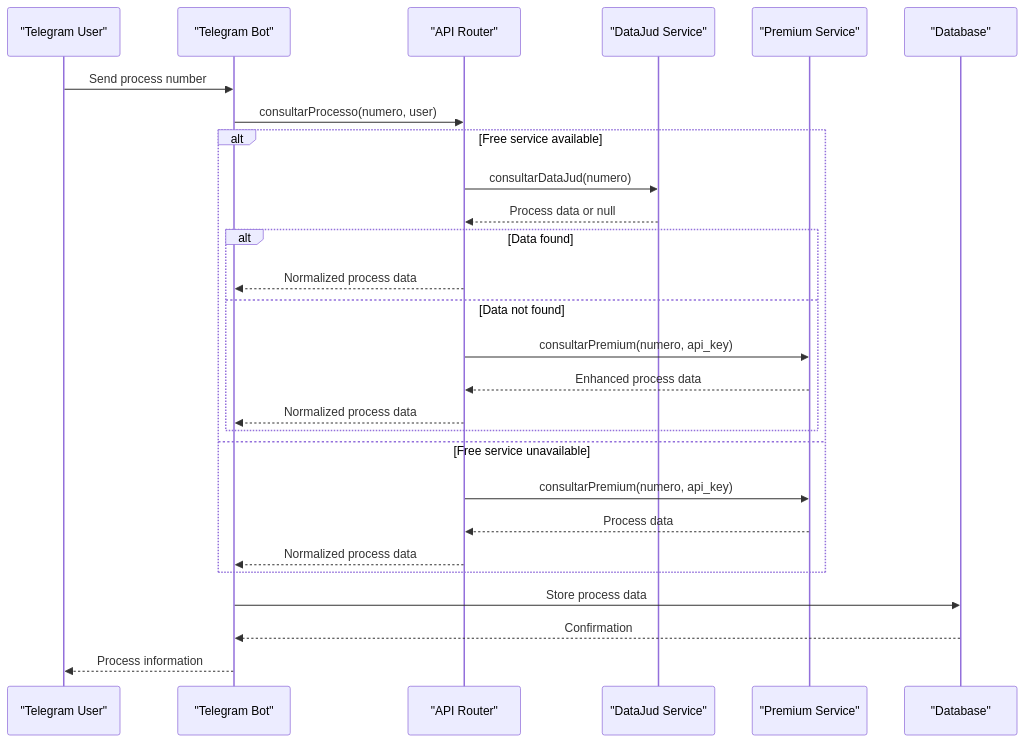
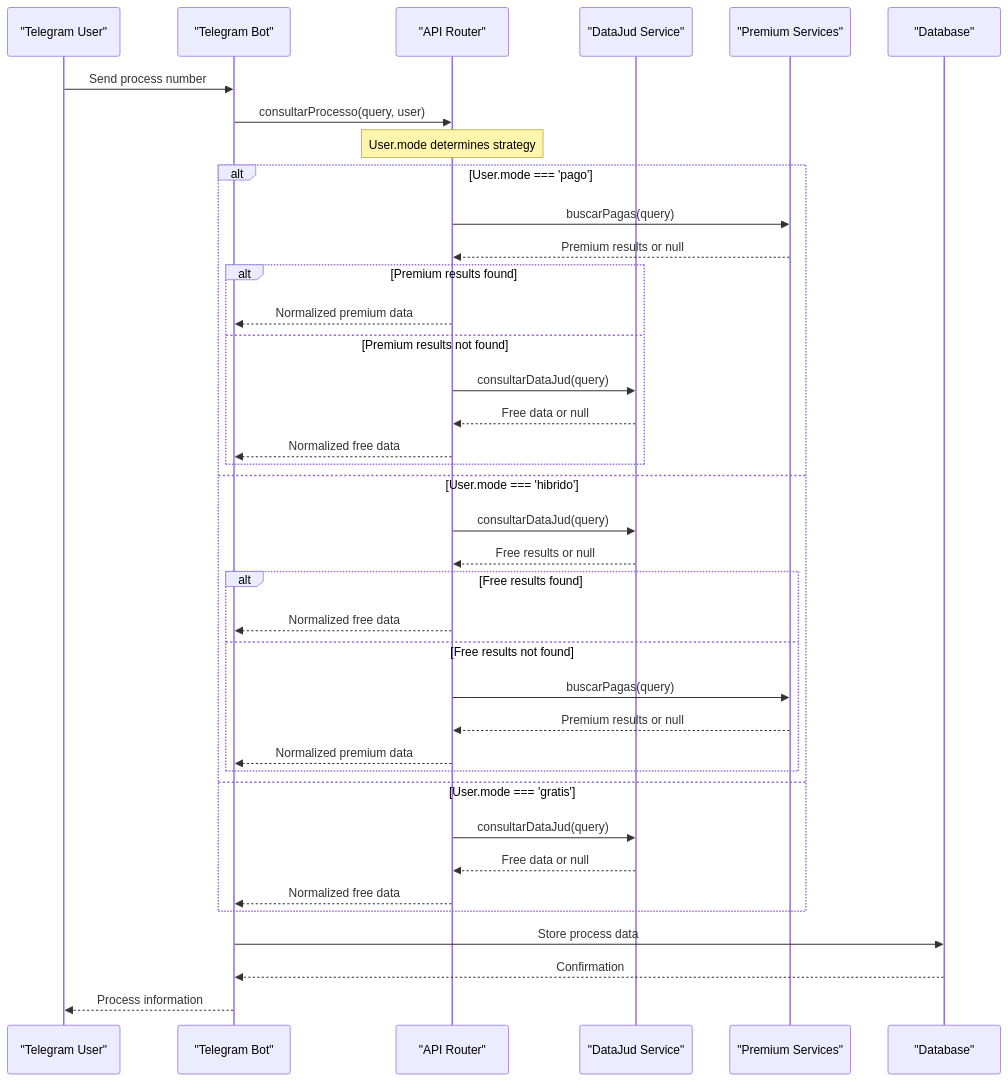
Before and after one commit to Alexandrexicara/bot-processos: the second of 13 diagrams in .qoder/repowiki/en/content/API Integration Layer/API Integration Layer.md, drawn with Mermaid. The commit also changed other lines of this file and 10 other files, not shown here.

````diff
--- a/.qoder/repowiki/en/content/API Integration Layer/API Integration Layer.md
+++ b/.qoder/repowiki/en/content/API Integration Layer/API Integration Layer.md
@@ -121,29 +176,40 @@
 ```mermaid
 sequenceDiagram
 participant User as "Telegram User"
 participant Bot as "Telegram Bot"
 participant API as "API Router"
 participant Free as "DataJud Service"
-participant Premium as "Premium Service"
+participant Paid as "Premium Services"
 participant DB as "Database"
 User->>Bot : Send process number
-Bot->>API : consultarProcesso(numero, user)
-alt Free service available
-API->>Free : consultarDataJud(numero)
-Free-->>API : Process data or null
-alt Data found
-API-->>Bot : Normalized process data
-else Data not found
-API->>Premium : consultarPremium(numero, api_key)
-Premium-->>API : Enhanced process data
-API-->>Bot : Normalized process data
+Bot->>API : consultarProcesso(query, user)
+Note over API : User.mode determines strategy
+alt User.mode === 'pago'
+API->>Paid : buscarPagas(query)
+Paid-->>API : Premium results or null
+alt Premium results found
+API-->>Bot : Normalized premium data
+else Premium results not found
+API->>Free : consultarDataJud(query)
+Free-->>API : Free data or null
+API-->>Bot : Normalized free data
 end
-else Free service unavailable
-API->>Premium : consultarPremium(numero, api_key)
-Premium-->>API : Process data
-API-->>Bot : Normalized process data
+else User.mode === 'hibrido'
+API->>Free : consultarDataJud(query)
+Free-->>API : Free results or null
+alt Free results found
+API-->>Bot : Normalized free data
+else Free results not found
+API->>Paid : buscarPagas(query)
+Paid-->>API : Premium results or null
+API-->>Bot : Normalized premium data
+end
+else User.mode === 'gratis'
+API->>Free : consultarDataJud(query)
+Free-->>API : Free data or null
+API-->>Bot : Normalized free data
 end
 Bot->>DB : Store process data
 DB-->>Bot : Confirmation
 Bot-->>User : Process information
 ```
````
